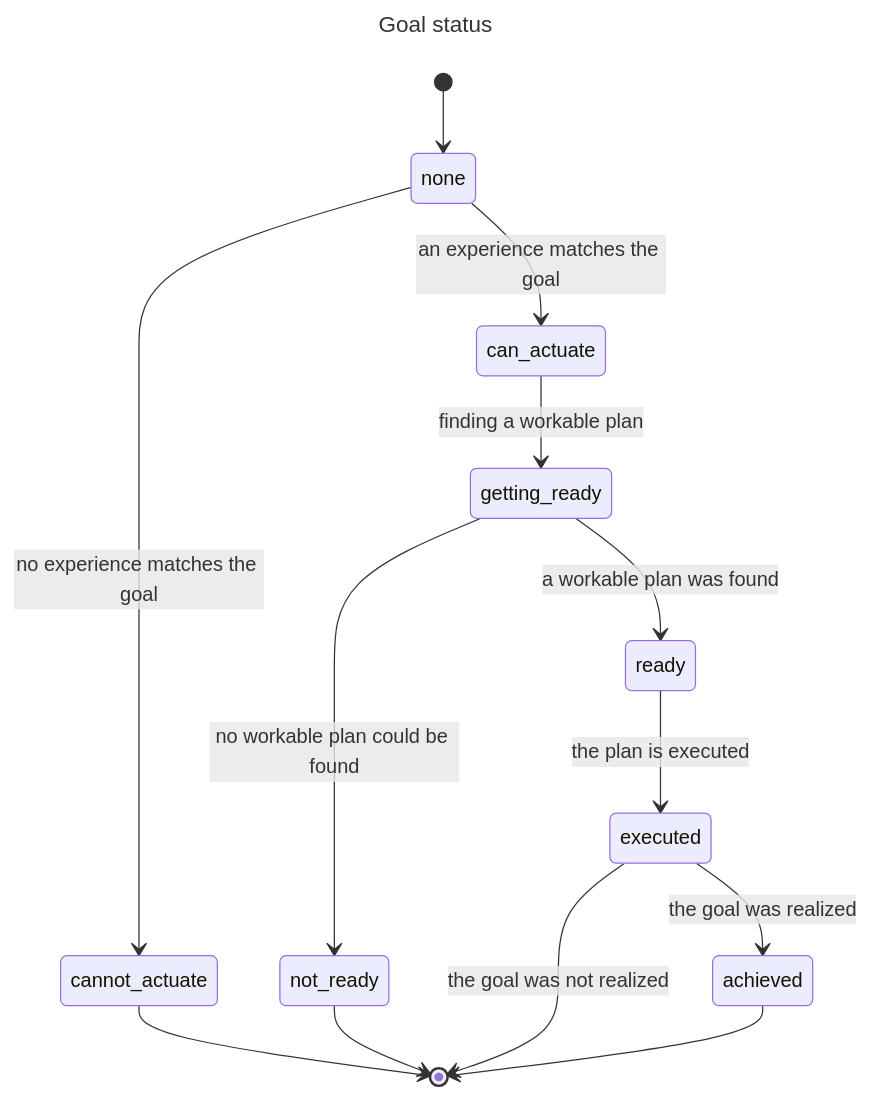
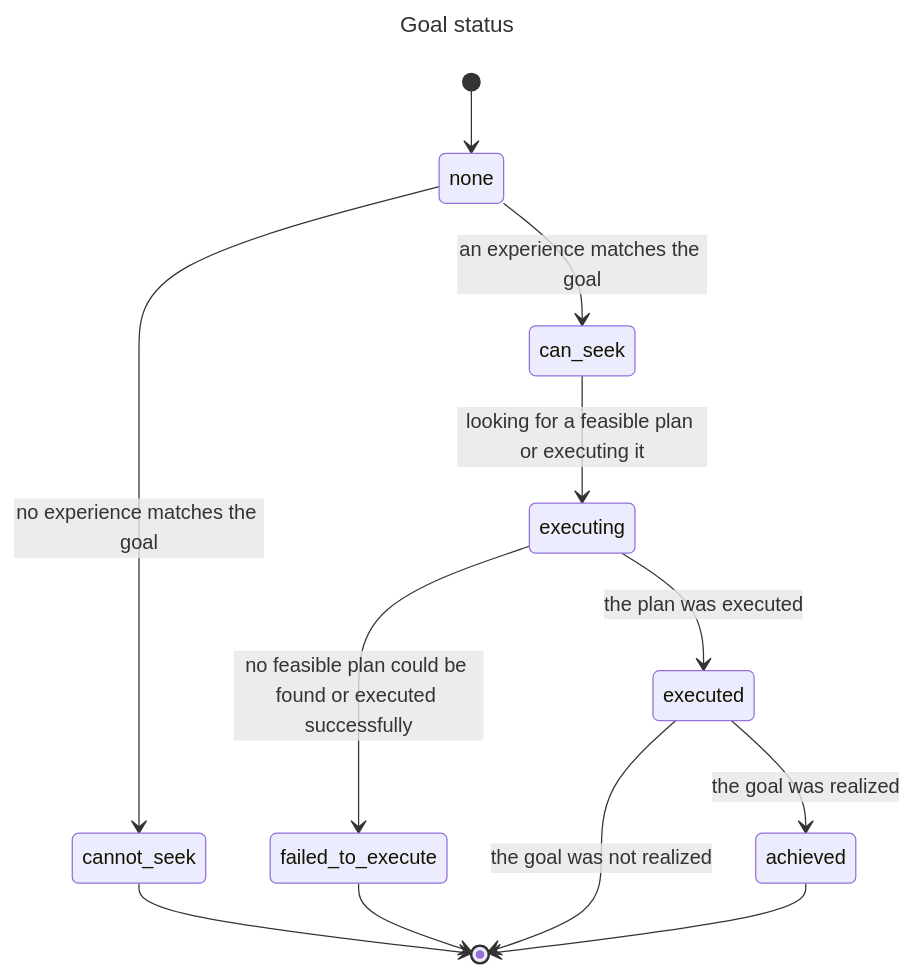
Before and after one commit to jfcloutier/karma_system: the diagram in design_notes/acting.md, drawn with Mermaid. The commit also changed other lines of this file and 1 other file, not shown here.

````diff
--- a/design_notes/acting.md
+++ b/design_notes/acting.md
@@ -103,18 +162,17 @@
 ```mermaid
 ---
 title: Goal status
 ---
 stateDiagram-v2
     [*] --> none
-    none --> can_actuate : an experience matches the goal
-    none --> cannot_actuate : no experience matches the goal
-    cannot_actuate --> [*]
-    can_actuate --> getting_ready : finding a workable plan
-    getting_ready --> ready : a workable plan was found
-    getting_ready --> not_ready : no workable plan could be found
-    not_ready --> [*]
-    ready --> executed : the plan is executed
+    none --> can_seek : an experience matches the goal
+    none --> cannot_seek: no experience matches the goal
+    cannot_seek --> [*]
+    can_seek --> executing : looking for a feasible plan or executing it
+    executing --> executed : the plan was executed
+    executing --> failed_to_execute : no feasible plan could be found or executed successfully
     executed --> achieved : the goal was realized
+    failed_to_execute --> [*]
     executed --> [*] : the goal was not realized
     achieved --> [*]
 ```  
````
